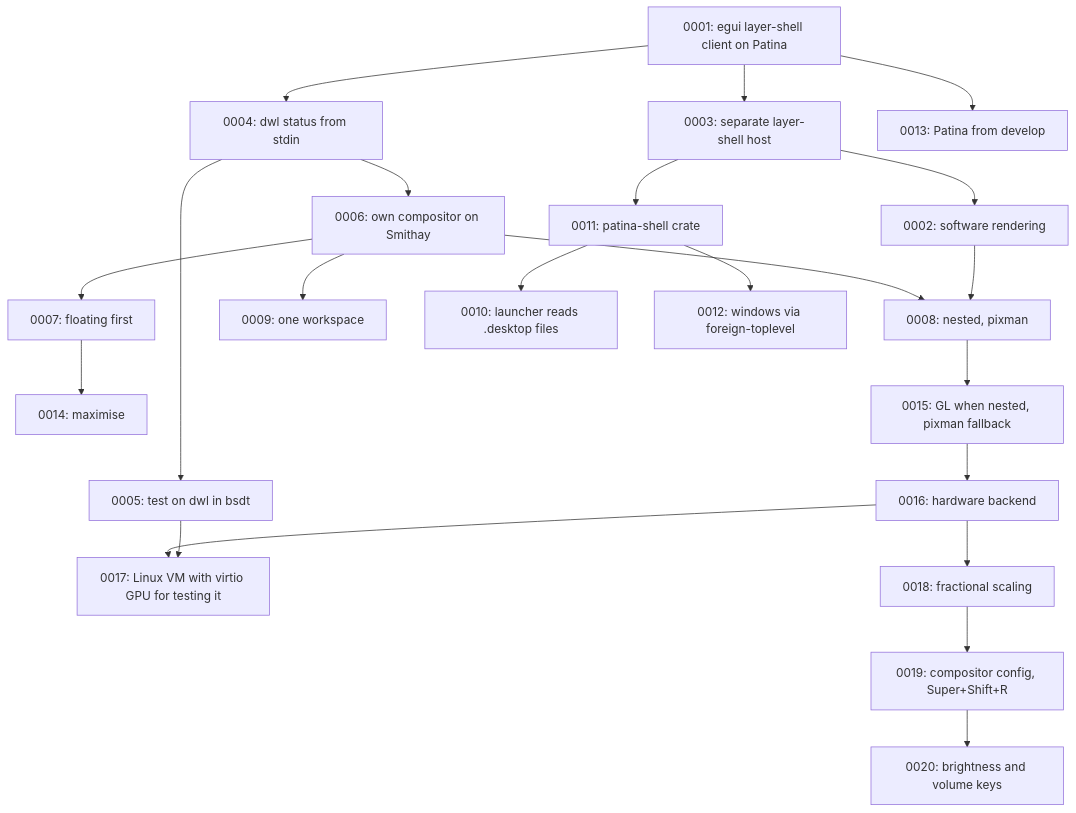
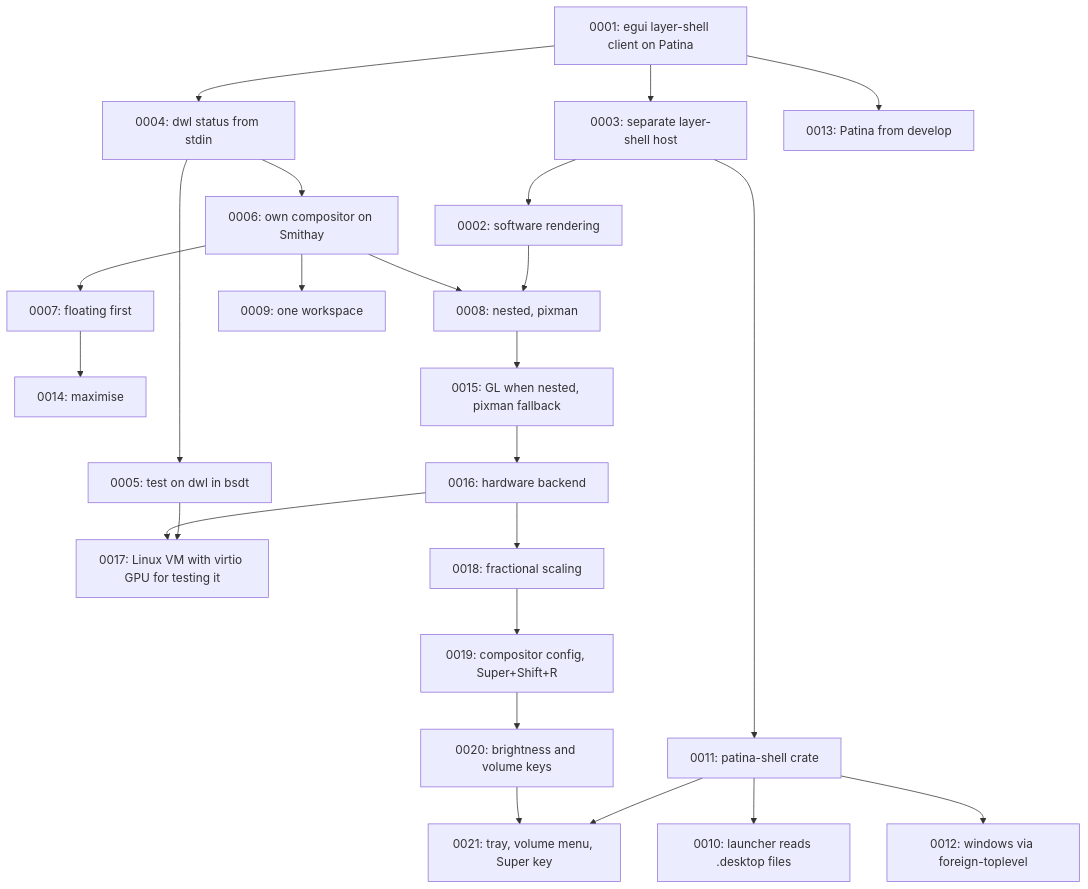
One commit to Sector-F-Labs/patina-desktop changed the diagram in docs/adr/README.md. Above: the diagram before and after it, drawn with Mermaid. The commit also changed other lines of this file and 27 other files, not shown here.

First line of the commit message:
A tray with a volume menu, flashed by the volume keys; Super opens the launcher

````diff
--- a/docs/adr/README.md
+++ b/docs/adr/README.md
@@ -68,24 +69,26 @@
 ```mermaid
 flowchart TD
     A[0001: egui layer-shell client on Patina] --> B[0003: separate layer-shell host]
     B --> C[0002: software rendering]
     A --> D[0004: dwl status from stdin]
     D --> E[0005: test on dwl in bsdt]
     D --> F[0006: own compositor on Smithay]
     F --> G[0007: floating first]
     G --> N[0014: maximise]
     F --> H[0008: nested, pixman]
     H --> O[0015: GL when nested, pixman fallback]
     O --> P[0016: hardware backend]
     P --> Q[0017: Linux VM with virtio GPU for testing it]
     P --> R[0018: fractional scaling]
     R --> S[0019: compositor config, Super+Shift+R]
     S --> T[0020: brightness and volume keys]
+    T --> U[0021: tray, volume menu, Super key]
+    K --> U
     E --> Q
     C --> H
     F --> I[0009: one workspace]
     B --> K[0011: patina-shell crate]
     K --> J[0010: launcher reads .desktop files]
     K --> L[0012: windows via foreign-toplevel]
     A --> M[0013: Patina from develop]
 ```
````
